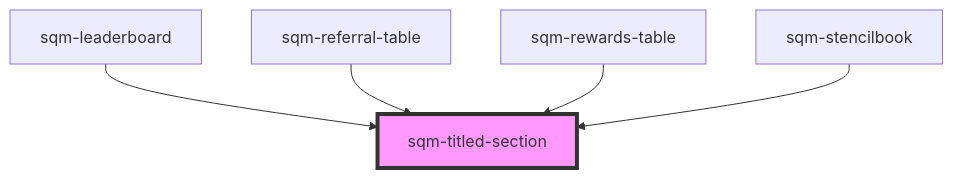
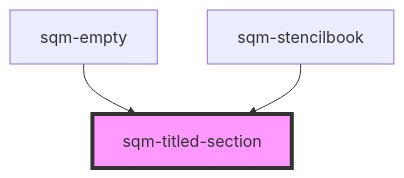
The diagram in packages/mint-components/src/components/sqm-titled-section/readme.md (saasquatch/program-tools), drawn with Mermaid before and after one commit. The commit also changed other lines of this file and 33 other files, not shown here.

````diff
--- a/packages/mint-components/src/components/sqm-titled-section/readme.md
+++ b/packages/mint-components/src/components/sqm-titled-section/readme.md
@@ -28,8 +26,6 @@
 ```mermaid
 graph TD;
-  sqm-leaderboard --> sqm-titled-section
-  sqm-referral-table --> sqm-titled-section
-  sqm-rewards-table --> sqm-titled-section
+  sqm-empty --> sqm-titled-section
   sqm-stencilbook --> sqm-titled-section
   style sqm-titled-section fill:#f9f,stroke:#333,stroke-width:4px
 ```
````
